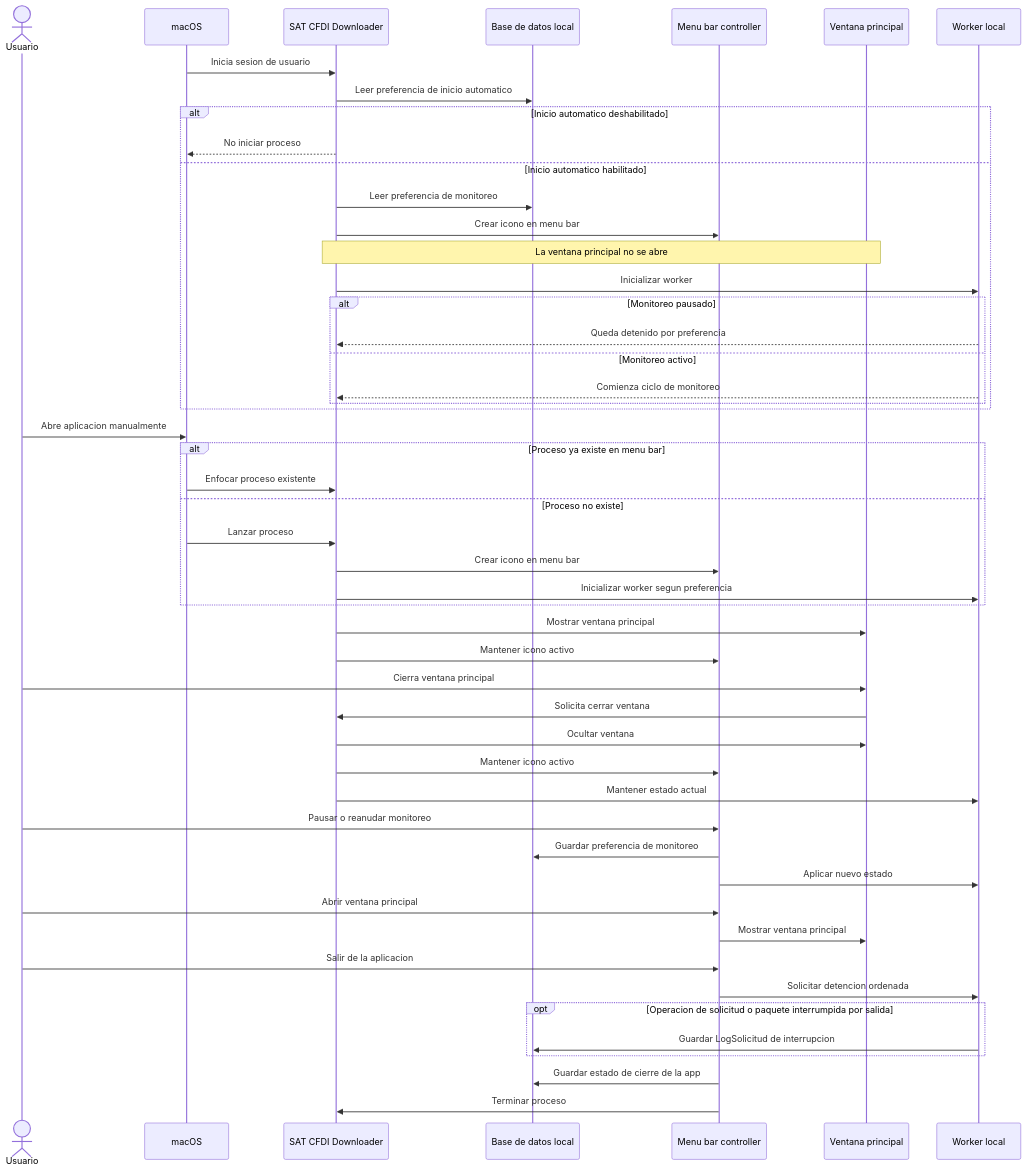
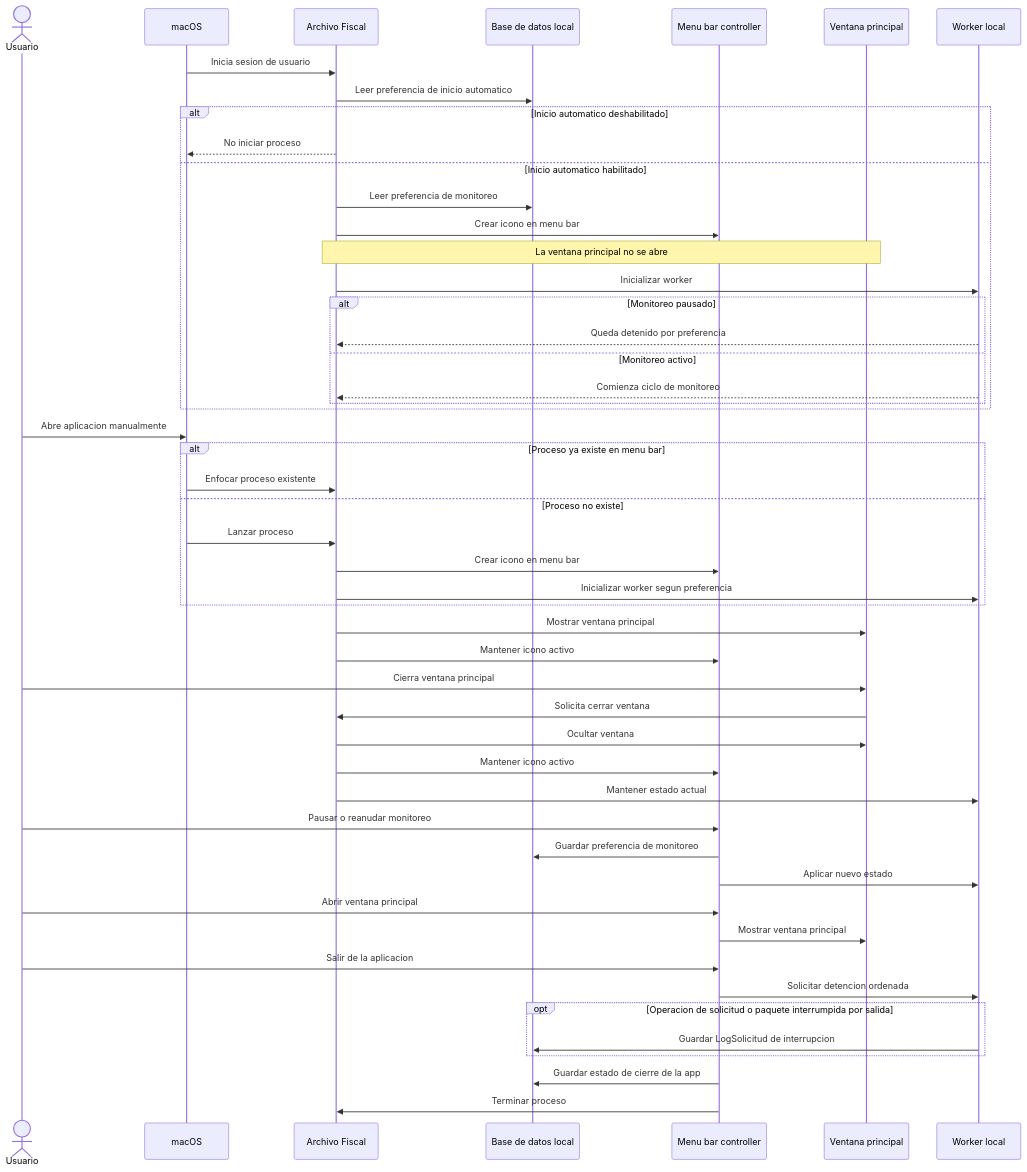
Diagram 12 of 21 in docs/architecture.md (irritila/sat-cfdi-downloader), drawn with Mermaid before and after one commit. The commit also changed other lines of this file and 67 other files, not shown here.

First line of the commit message:
feat: rename app to "Archivo Fiscal" and migrate package folder (T019)

````diff
--- a/docs/architecture.md
+++ b/docs/architecture.md
@@ -748,60 +748,60 @@
 ```mermaid
 sequenceDiagram
     actor Usuario
     participant macOS as macOS
-    participant App as SAT CFDI Downloader
+    participant App as Archivo Fiscal
     participant DB as Base de datos local
     participant MenuBar as Menu bar controller
     participant UI as Ventana principal
     participant Worker as Worker local
 
     macOS->>App: Inicia sesion de usuario
     App->>DB: Leer preferencia de inicio automatico
 
     alt Inicio automatico deshabilitado
         App-->>macOS: No iniciar proceso
     else Inicio automatico habilitado
         App->>DB: Leer preferencia de monitoreo
         App->>MenuBar: Crear icono en menu bar
         Note over App,UI: La ventana principal no se abre
         App->>Worker: Inicializar worker
 
         alt Monitoreo pausado
             Worker-->>App: Queda detenido por preferencia
         else Monitoreo activo
             Worker-->>App: Comienza ciclo de monitoreo
         end
     end
 
     Usuario->>macOS: Abre aplicacion manualmente
     alt Proceso ya existe en menu bar
         macOS->>App: Enfocar proceso existente
     else Proceso no existe
         macOS->>App: Lanzar proceso
         App->>MenuBar: Crear icono en menu bar
         App->>Worker: Inicializar worker segun preferencia
     end
     App->>UI: Mostrar ventana principal
     App->>MenuBar: Mantener icono activo
 
     Usuario->>UI: Cierra ventana principal
     UI->>App: Solicita cerrar ventana
     App->>UI: Ocultar ventana
     App->>MenuBar: Mantener icono activo
     App->>Worker: Mantener estado actual
 
     Usuario->>MenuBar: Pausar o reanudar monitoreo
     MenuBar->>DB: Guardar preferencia de monitoreo
     MenuBar->>Worker: Aplicar nuevo estado
 
     Usuario->>MenuBar: Abrir ventana principal
     MenuBar->>UI: Mostrar ventana principal
 
     Usuario->>MenuBar: Salir de la aplicacion
     MenuBar->>Worker: Solicitar detencion ordenada
     opt Operacion de solicitud o paquete interrumpida por salida
         Worker->>DB: Guardar LogSolicitud de interrupcion
     end
     MenuBar->>DB: Guardar estado de cierre de la app
     MenuBar->>App: Terminar proceso
 ```
````
